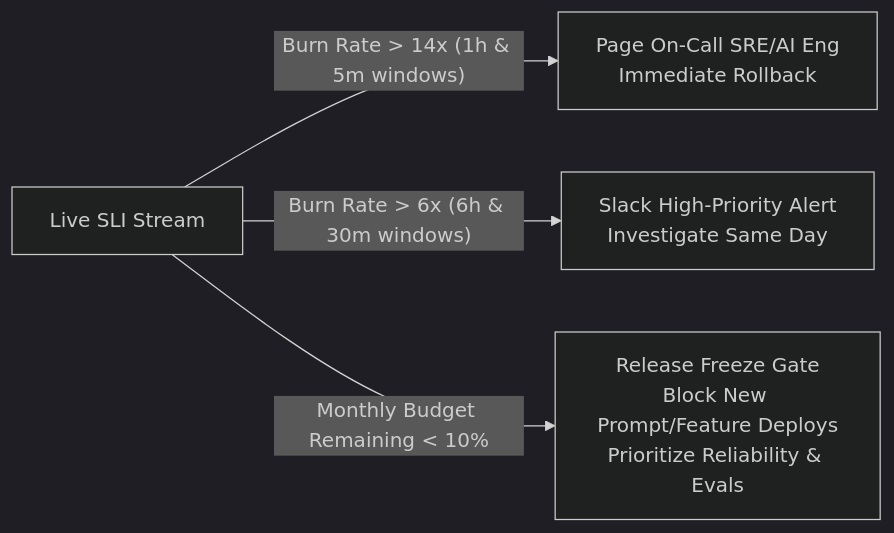
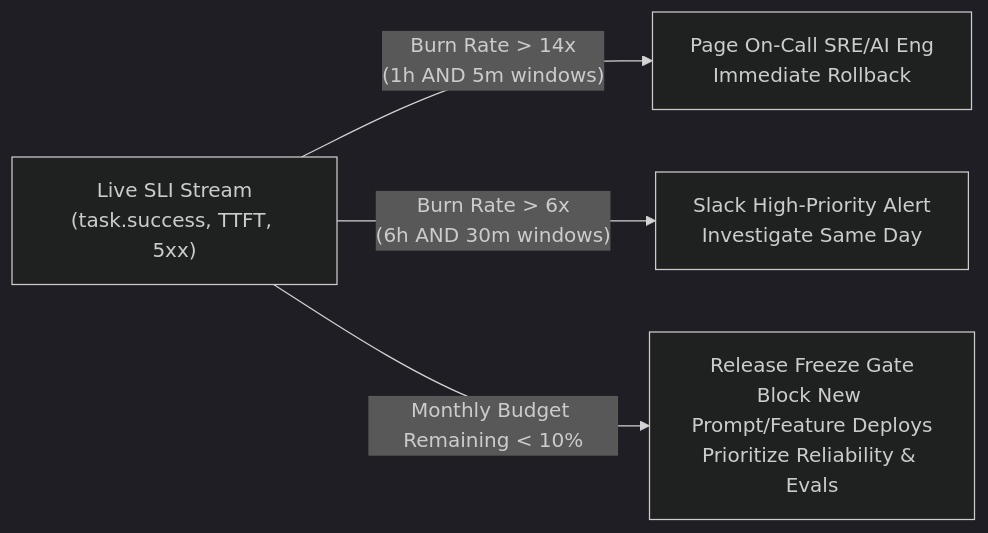
The first of 2 diagrams in Lecture 43 - AI Observability OTel and FOCUS FinOps/notes/04_AI_SLOs_and_Error_Budgets.md (Amie-dev/FDE-and-GenAI-Mastery), drawn with Mermaid (dark theme) before and after one commit. The commit also changed other lines of this file and 92 other files, not shown here.

````diff
--- a/Lecture 43 - AI Observability OTel and FOCUS FinOps/notes/04_AI_SLOs_and_Error_Budgets.md
+++ b/Lecture 43 - AI Observability OTel and FOCUS FinOps/notes/04_AI_SLOs_and_Error_Budgets.md
@@ -89,6 +57,6 @@
 ```mermaid
 flowchart LR
-    M[Live SLI Stream] -->|"Burn Rate > 14x (1h & 5m windows)"| P1["Page On-Call SRE/AI Eng<br/>Immediate Rollback"]
-    M -->|"Burn Rate > 6x (6h & 30m windows)"| P2["Slack High-Priority Alert<br/>Investigate Same Day"]
+    M["Live SLI Stream<br/>(task.success, TTFT, 5xx)"] -->|"Burn Rate > 14x<br/>(1h AND 5m windows)"| P1["Page On-Call SRE/AI Eng<br/>Immediate Rollback"]
+    M -->|"Burn Rate > 6x<br/>(6h AND 30m windows)"| P2["Slack High-Priority Alert<br/>Investigate Same Day"]
     M -->|"Monthly Budget Remaining < 10%"| Freeze["Release Freeze Gate<br/>Block New Prompt/Feature Deploys<br/>Prioritize Reliability & Evals"]
 ```
````
